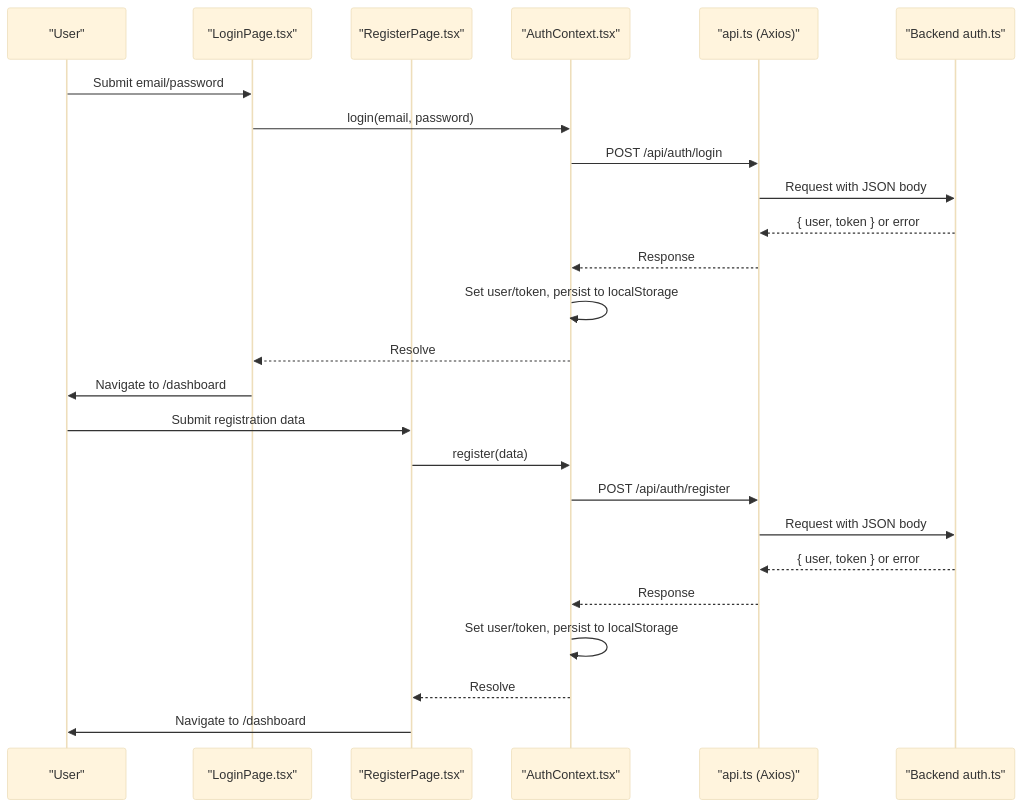
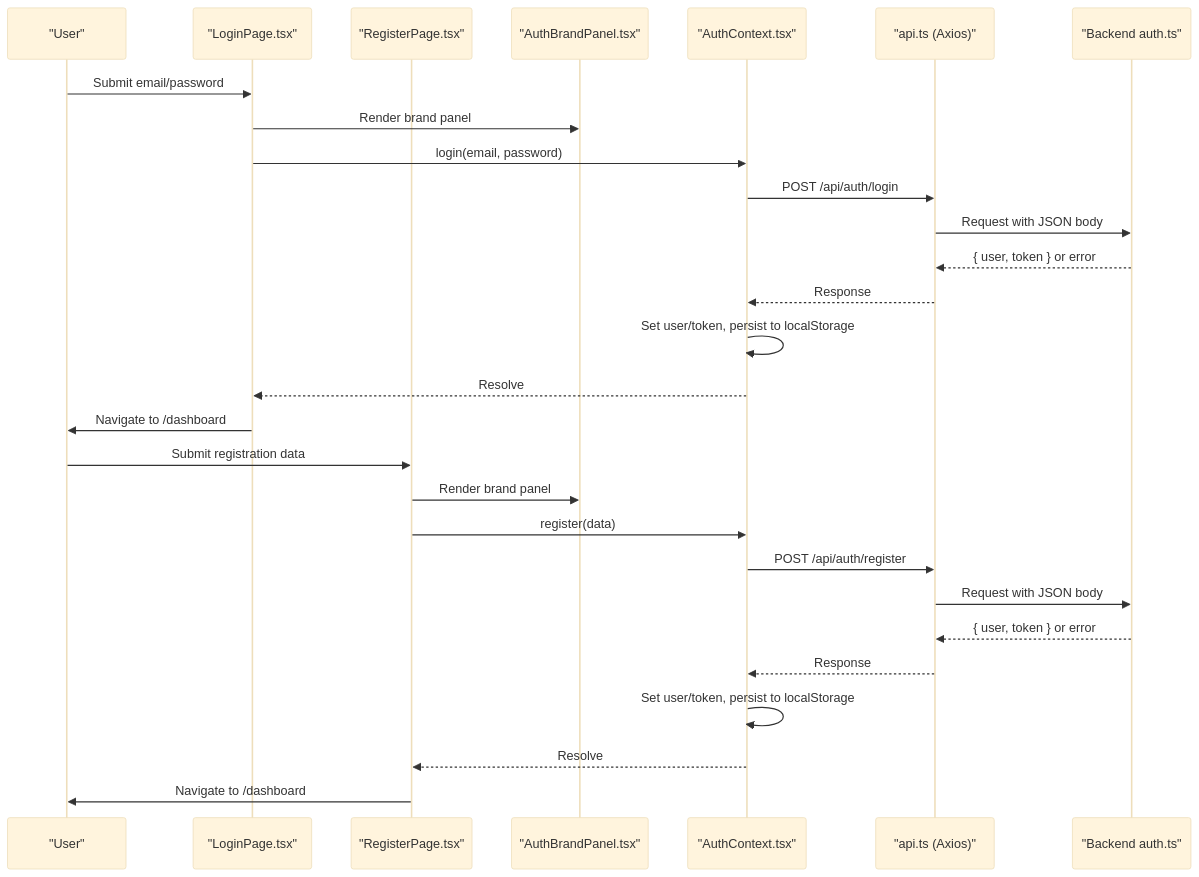
The second of 7 diagrams in .qoder/repowiki/en/content/Frontend Documentation/Pages and Views/User Pages/Authentication Pages.md (NaveenHiranya/Smart-Vehicle-Insurance-Claim-System), drawn with Mermaid (base theme) before and after one commit. The commit also changed other lines of this file and 31 other files, not shown here.

````diff
--- a/.qoder/repowiki/en/content/Frontend Documentation/Pages and Views/User Pages/Authentication Pages.md
+++ b/.qoder/repowiki/en/content/Frontend Documentation/Pages and Views/User Pages/Authentication Pages.md
@@ -83,27 +99,30 @@
 ```mermaid
 sequenceDiagram
 participant U as "User"
 participant LP as "LoginPage.tsx"
 participant RP as "RegisterPage.tsx"
+participant ABP as "AuthBrandPanel.tsx"
 participant AC as "AuthContext.tsx"
 participant AX as "api.ts (Axios)"
 participant BE as "Backend auth.ts"
 U->>LP : Submit email/password
+LP->>ABP : Render brand panel
 LP->>AC : login(email, password)
 AC->>AX : POST /api/auth/login
 AX->>BE : Request with JSON body
 BE-->>AX : { user, token } or error
 AX-->>AC : Response
 AC->>AC : Set user/token, persist to localStorage
 AC-->>LP : Resolve
 LP->>U : Navigate to /dashboard
 U->>RP : Submit registration data
+RP->>ABP : Render brand panel
 RP->>AC : register(data)
 AC->>AX : POST /api/auth/register
 AX->>BE : Request with JSON body
 BE-->>AX : { user, token } or error
 AX-->>AC : Response
 AC->>AC : Set user/token, persist to localStorage
 AC-->>RP : Resolve
 RP->>U : Navigate to /dashboard
 ```
````
